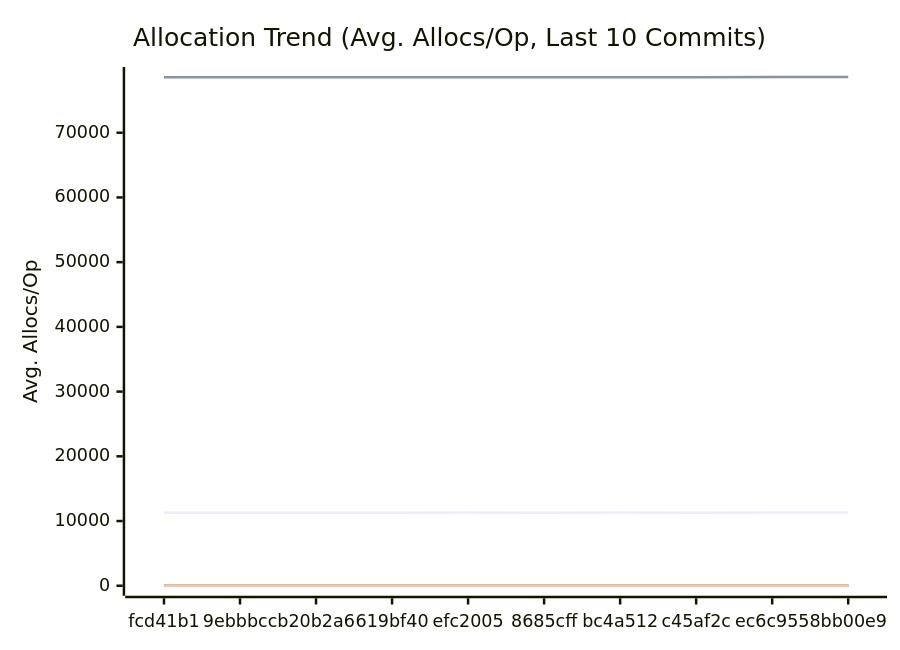
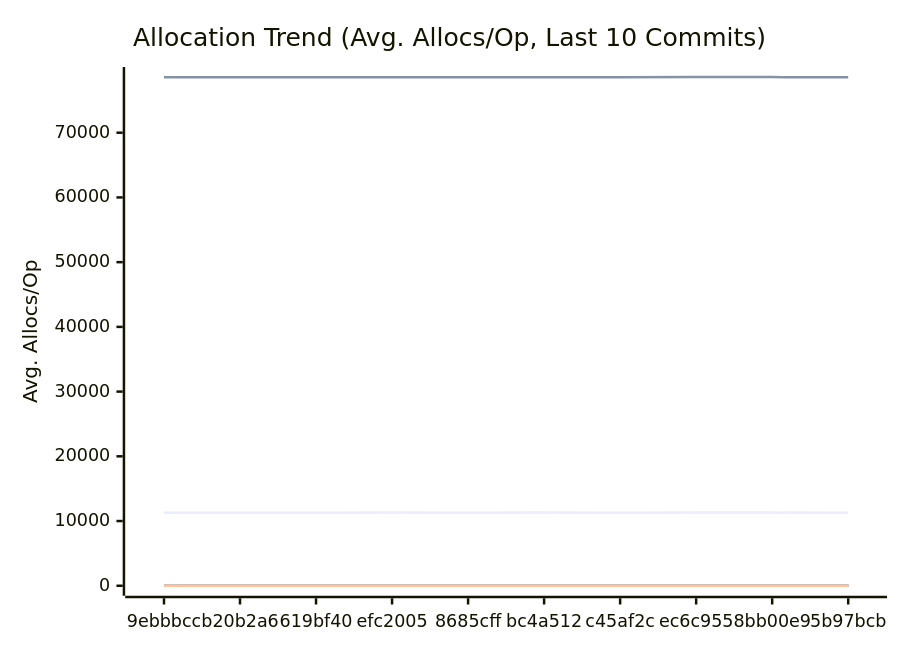
Before and after one commit to alsotoes/momo: the third of 3 diagrams in docs/PERFORMANCE.md, drawn with Mermaid. The commit also changed other lines of this file and 5 other files, not shown here.

````diff
--- a/docs/PERFORMANCE.md
+++ b/docs/PERFORMANCE.md
@@ -197,20 +197,20 @@
 ```mermaid
 xychart-beta
     title "Allocation Trend (Avg. Allocs/Op, Last 10 Commits)"
     x-axis "Commit"
     y-axis "Avg. Allocs/Op"
-    x-axis [fcd41b1,9ebbbcc,b20b2a6,619bf40,efc2005,8685cff,bc4a512,c45af2c,ec6c955,8bb00e9]
-    line "AWSChunkedReaderSigned" [11296,11282,11271,11298,11310,11291,11308,11295,11329,11303]
-    line "AWSChunkedReaderUnsigned" [78573,78566,78562,78570,78573,78562,78577,78570,78609,78592]
+    x-axis [9ebbbcc,b20b2a6,619bf40,efc2005,8685cff,bc4a512,c45af2c,ec6c955,8bb00e9,5b97bcb]
+    line "AWSChunkedReaderSigned" [11282,11271,11298,11310,11291,11308,11295,11329,11303,11273]
+    line "AWSChunkedReaderUnsigned" [78566,78562,78570,78573,78562,78577,78570,78609,78592,78561]
     line "CheckMetricsAndSwap" [0,0,0,0,0,0,0,0,0,0]
     line "CrushOptimized" [0,0,0,0,0,0,0,0,0,0]
     line "CrushOriginal" [3,3,3,3,3,3,3,3,3,3]
     line "IndexDirectTracking" [0,0,0,0,0,0,0,0,0,0]
     line "IndexSearch" [0,0,0,0,0,0,0,0,0,0]
     line "LoadGlobalConfig" [46,46,46,46,46,46,46,46,46,46]
     line "PadString" [1,1,1,1,1,1,1,1,1,1]
     line "ParseReplicationOrder_NoPrealloc" [6,6,6,6,6,5,5,5,5,5]
     line "ParseReplicationOrder_Prealloc" [2,2,2,2,2,1,1,1,1,1]
     line "SanitizeLog/Safe" [0,0,0,0,0,0,0,0,0,0]
     line "SanitizeLog/Unsafe" [1,1,1,1,1,1,1,1,1,1]
 ```
````
